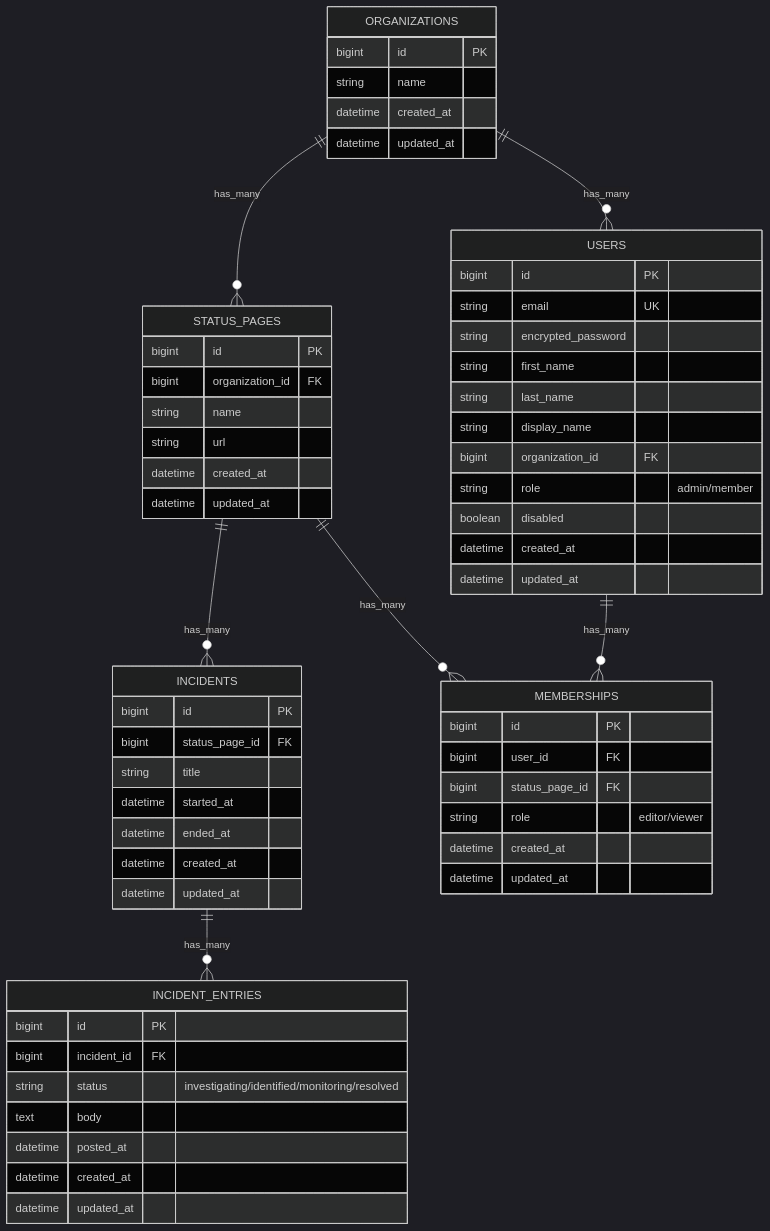
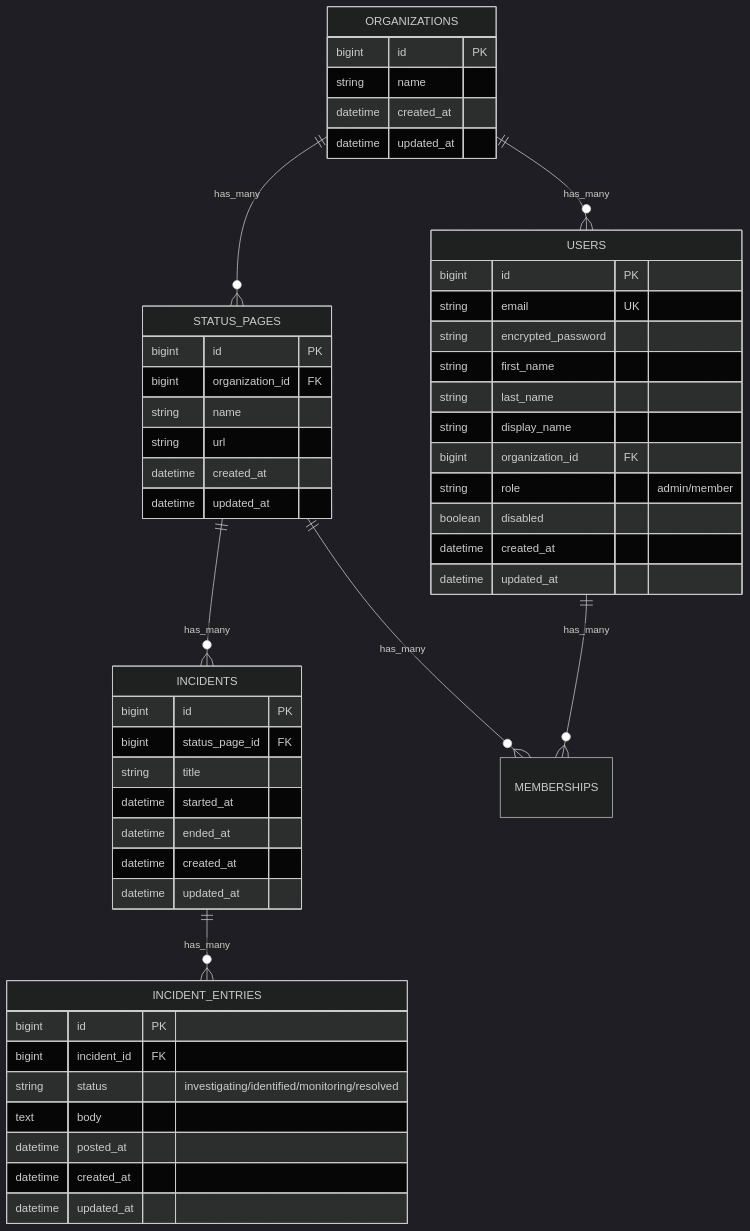
The diagram in README.md (phrase-llc/solid-status), drawn with Mermaid (dark theme) before and after one commit. The commit also changed other lines of this file and 26 other files, not shown here.

Commit message:
refactor: remove status page memberships

````diff
--- a/README.md
+++ b/README.md
@@ -47,71 +47,63 @@
 ```mermaid
 erDiagram
   ORGANIZATIONS ||--o{ USERS : has_many
   ORGANIZATIONS ||--o{ STATUS_PAGES : has_many
 
   STATUS_PAGES ||--o{ INCIDENTS : has_many
   STATUS_PAGES ||--o{ MEMBERSHIPS : has_many
 
   INCIDENTS ||--o{ INCIDENT_ENTRIES : has_many
 
   USERS ||--o{ MEMBERSHIPS : has_many
 
   ORGANIZATIONS {
     bigint id PK
     string name
     datetime created_at
     datetime updated_at
   }
 
   USERS {
     bigint id PK
     string email UK
     string encrypted_password
     string first_name
     string last_name
     string display_name
     bigint organization_id FK
     string role "admin/member"
     boolean disabled
     datetime created_at
     datetime updated_at
   }
 
   STATUS_PAGES {
     bigint id PK
     bigint organization_id FK
     string name
     string url
     datetime created_at
     datetime updated_at
   }
 
   INCIDENTS {
     bigint id PK
     bigint status_page_id FK
     string title
     datetime started_at
     datetime ended_at
     datetime created_at
     datetime updated_at
   }
 
   INCIDENT_ENTRIES {
     bigint id PK
     bigint incident_id FK
     string status "investigating/identified/monitoring/resolved"
     text body
     datetime posted_at
     datetime created_at
     datetime updated_at
   }
 
-  MEMBERSHIPS {
-    bigint id PK
-    bigint user_id FK
-    bigint status_page_id FK
-    string role "editor/viewer"
-    datetime created_at
-    datetime updated_at
-  }
 ```
````
